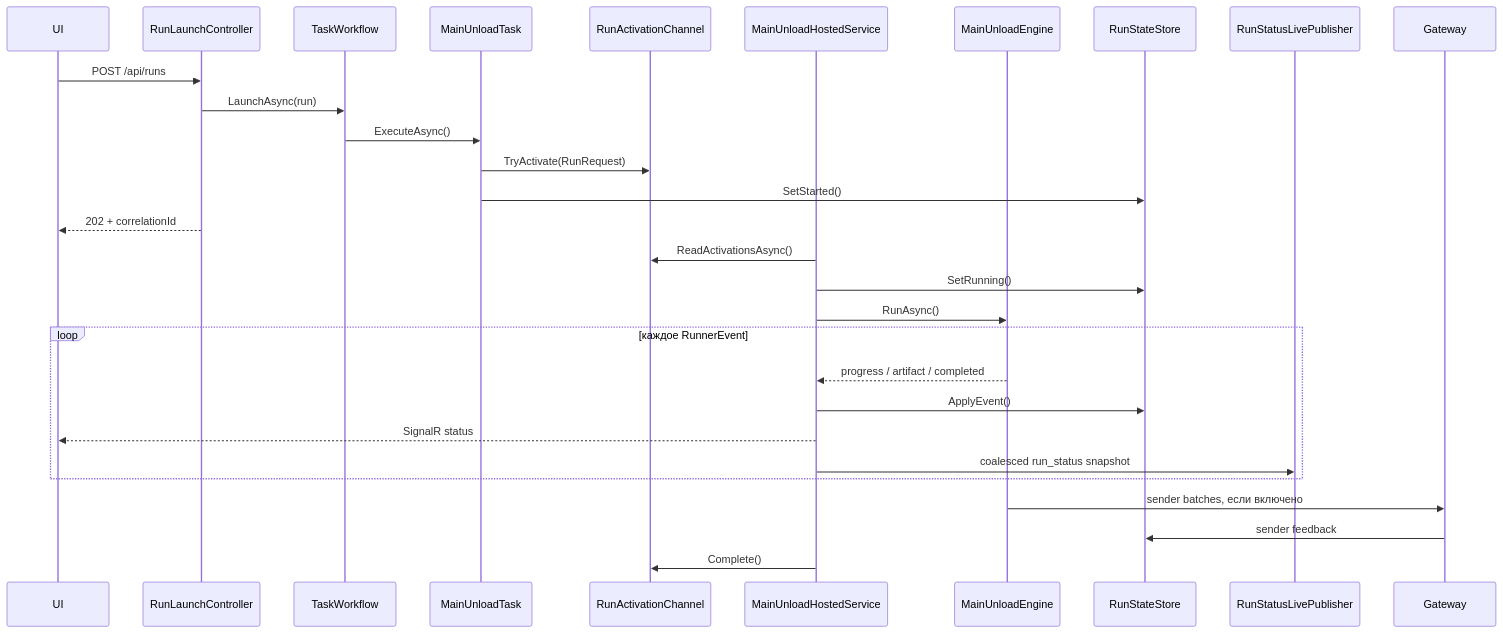
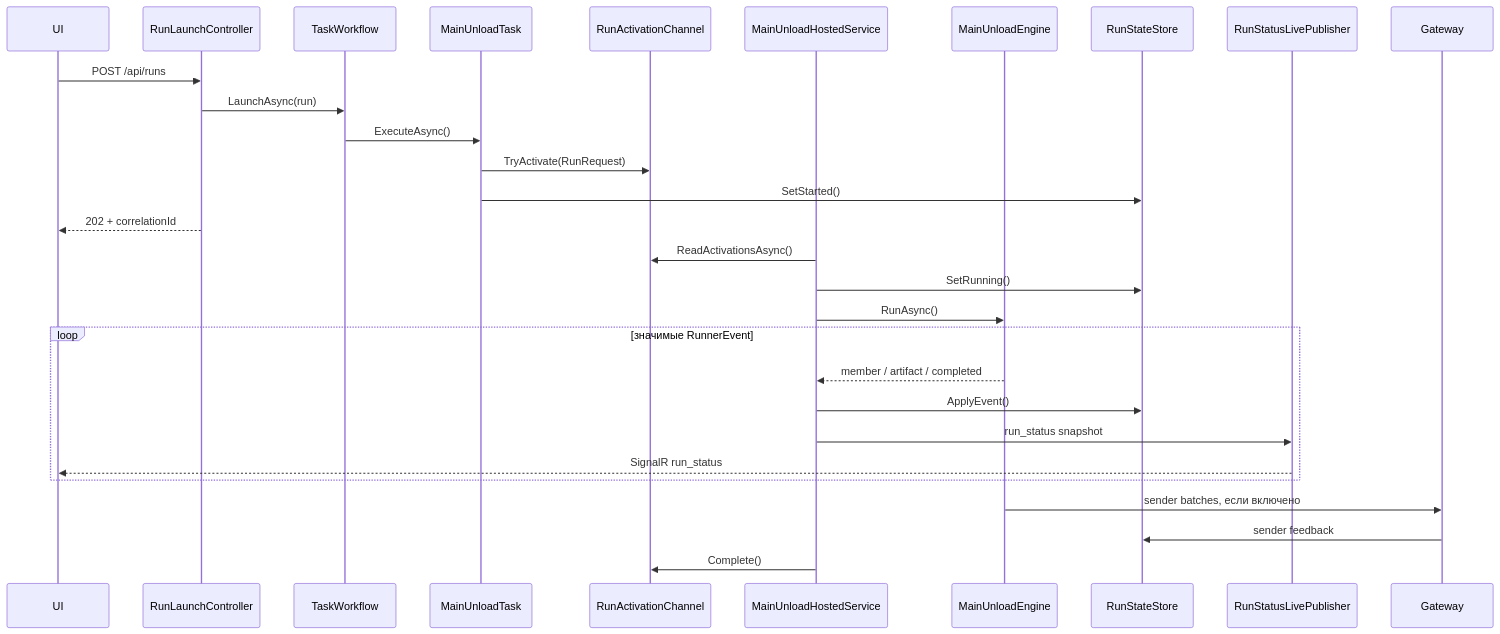
One commit to Dehydrohaloalkan/unload changed the fourth of 5 diagrams in docs/ARCHITECTURE.md. Above: the diagram before and after it, drawn with Mermaid. The commit also changed other lines of this file and 106 other files, not shown here.

Commit message:
refactor: simplify run status tracking and interface

````diff
--- a/docs/ARCHITECTURE.md
+++ b/docs/ARCHITECTURE.md
@@ -299,33 +292,33 @@
 ```mermaid
 sequenceDiagram
     participant UI
     participant API as RunLaunchController
     participant WF as TaskWorkflow
     participant Task as MainUnloadTask
     participant Channel as RunActivationChannel
     participant Worker as MainUnloadHostedService
     participant Engine as MainUnloadEngine
     participant State as RunStateStore
     participant Live as RunStatusLivePublisher
     participant Gateway
 
     UI->>API: POST /api/runs
     API->>WF: LaunchAsync(run)
     WF->>Task: ExecuteAsync()
     Task->>Channel: TryActivate(RunRequest)
     Task->>State: SetStarted()
     API-->>UI: 202 + correlationId
 
     Worker->>Channel: ReadActivationsAsync()
     Worker->>State: SetRunning()
     Worker->>Engine: RunAsync()
-    loop каждое RunnerEvent
-        Engine-->>Worker: progress / artifact / completed
+    loop значимые RunnerEvent
+        Engine-->>Worker: member / artifact / completed
         Worker->>State: ApplyEvent()
-        Worker-->>UI: SignalR status
-        Worker->>Live: coalesced run_status snapshot
+        Worker->>Live: run_status snapshot
+        Live-->>UI: SignalR run_status
     end
     Engine->>Gateway: sender batches, если включено
     Gateway->>State: sender feedback
     Worker->>Channel: Complete()
 ```
````
